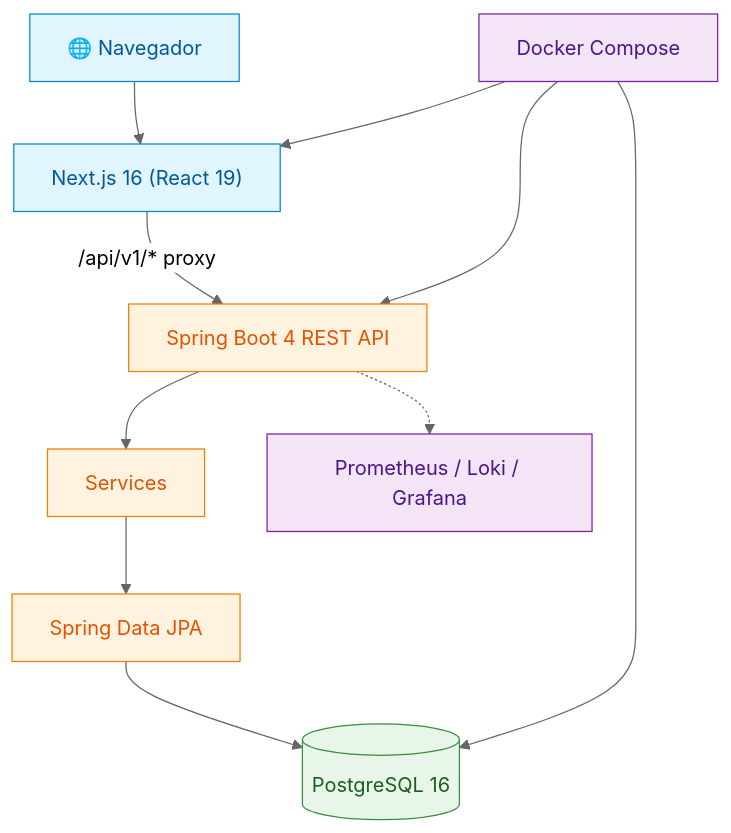
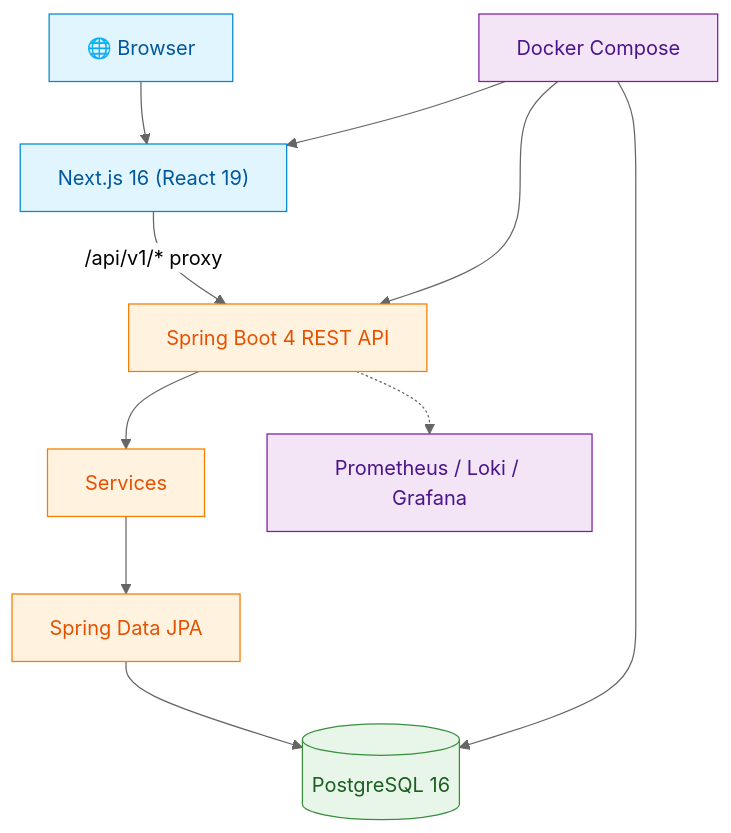
Before and after one commit to matiaspakua/notaire: the diagram in README.md, drawn with Mermaid (neutral theme). The commit also changed other lines of this file and 52 other files, not shown here.

````diff
--- a/README.md
+++ b/README.md
@@ -60,15 +60,15 @@
 ```mermaid
 flowchart TD
     classDef client fill:#e1f5fe,stroke:#0288d1,color:#01579b
     classDef backend fill:#fff3e0,stroke:#f57c00,color:#e65100
     classDef data fill:#e8f5e9,stroke:#388e3c,color:#1b5e20
     classDef infra fill:#f3e5f5,stroke:#7b1fa2,color:#4a148c
 
-    BROWSER["🌐 Navegador"]:::client --> NEXT["Next.js 16 (React 19)"]:::client
+    BROWSER["🌐 Browser"]:::client --> NEXT["Next.js 16 (React 19)"]:::client
     NEXT -->|"/api/v1/* proxy"| API["Spring Boot 4 REST API"]:::backend
     API --> SVC["Services"]:::backend --> REPO["Spring Data JPA"]:::backend --> PG[("PostgreSQL 16")]:::data
     API -.-> OBS["Prometheus / Loki / Grafana"]:::infra
     DOCKER["Docker Compose"]:::infra --> API
     DOCKER --> NEXT
     DOCKER --> PG
 ```
````
